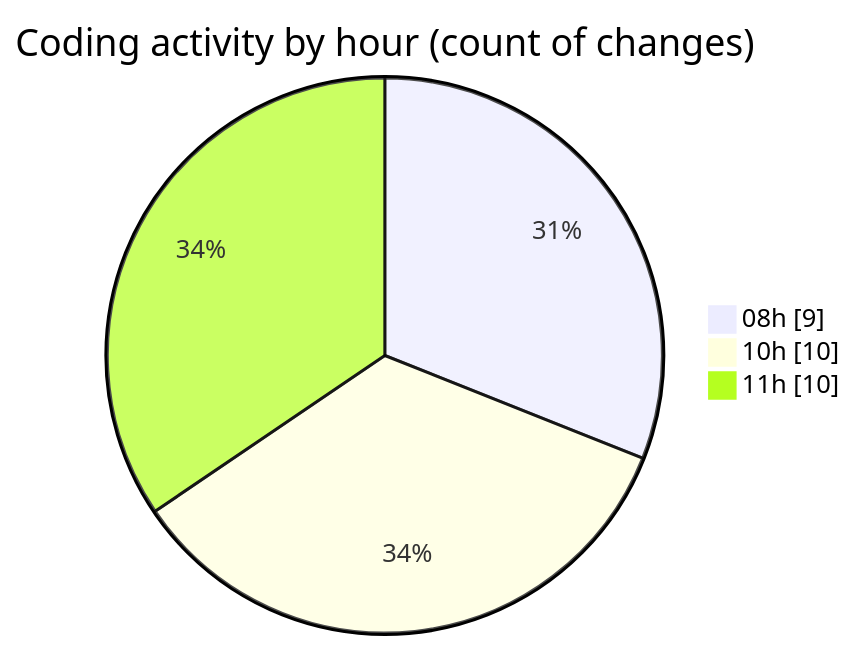
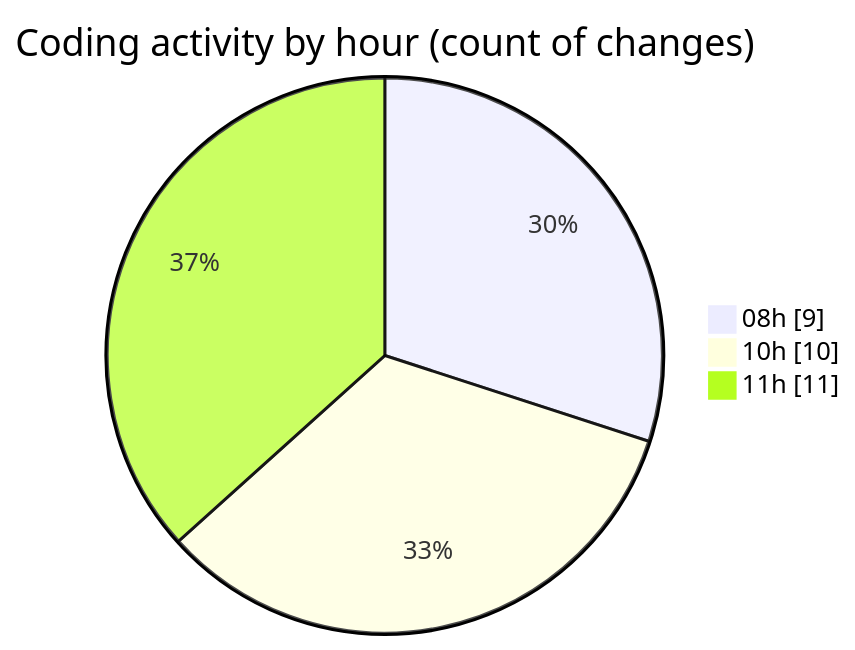
One commit to julien-gomy/code-tracking changed the second of 2 diagrams in 2025-11-04/cdp_aleoudev_fr__workspace_/README.md. Above: the diagram before and after it, drawn with Mermaid. The commit also changed other lines of this file and 1 other file, not shown here.

````diff
--- a/2025-11-04/cdp_aleoudev_fr__workspace_/README.md
+++ b/2025-11-04/cdp_aleoudev_fr__workspace_/README.md
@@ -29,7 +29,7 @@
 ```mermaid
 pie showData
 title Coding activity by hour (count of changes)
 "08h" : 9
 "10h" : 10
-"11h" : 10
+"11h" : 11
 ```
````
